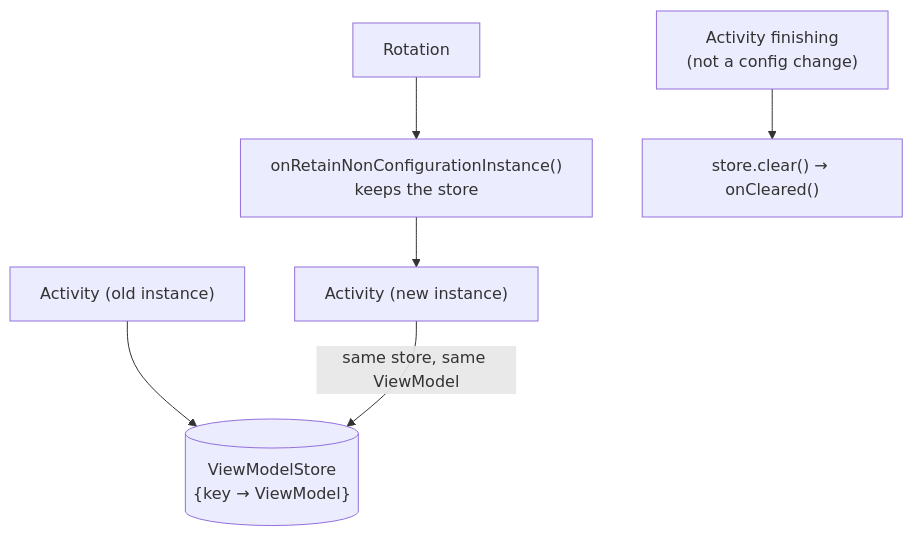
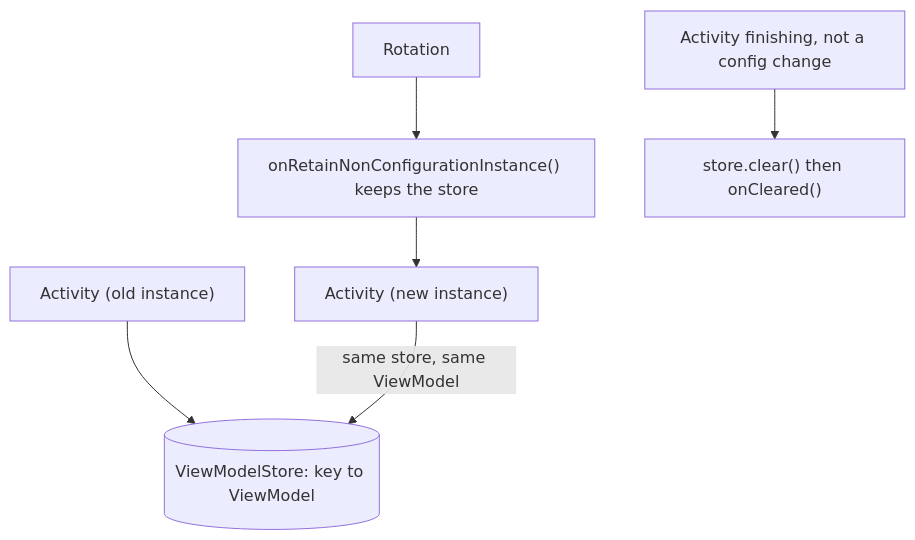
The first of 6 diagrams in topics/13-jetpack-components.md (AkshayAshokCode/Android-Interview-Questions-cheat-sheet), drawn with Mermaid before and after one commit. The commit also changed other lines of this file and 21 other files, not shown here.

````diff
--- a/topics/13-jetpack-components.md
+++ b/topics/13-jetpack-components.md
@@ -30,8 +86,8 @@
 ```mermaid
 flowchart TD
-    A1["Activity (old instance)"] --> VS[("ViewModelStore<br/>{key → ViewModel}")]
-    RC["Rotation"] --> NC["onRetainNonConfigurationInstance()<br/>keeps the store"]
+    A1["Activity (old instance)"] --> VS[("ViewModelStore: key to ViewModel")]
+    RC["Rotation"] --> NC["onRetainNonConfigurationInstance() keeps the store"]
     NC --> A2["Activity (new instance)"]
     A2 -->|"same store, same ViewModel"| VS
-    F["Activity finishing<br/>(not a config change)"] --> CL["store.clear() → onCleared()"]
+    F["Activity finishing, not a config change"] --> CL["store.clear() then onCleared()"]
 ```
````
